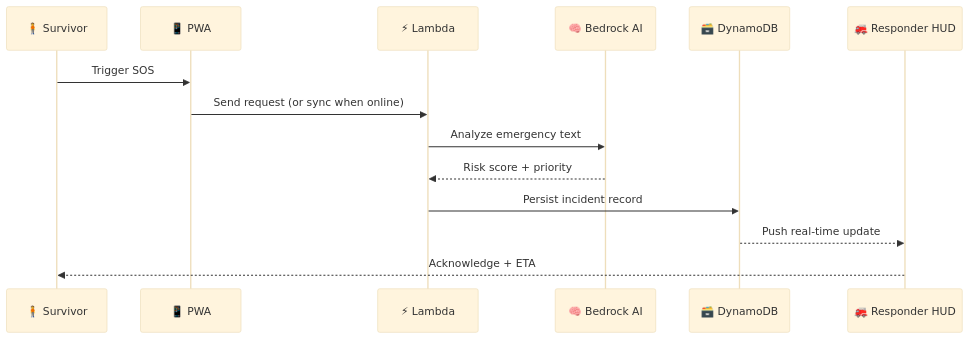
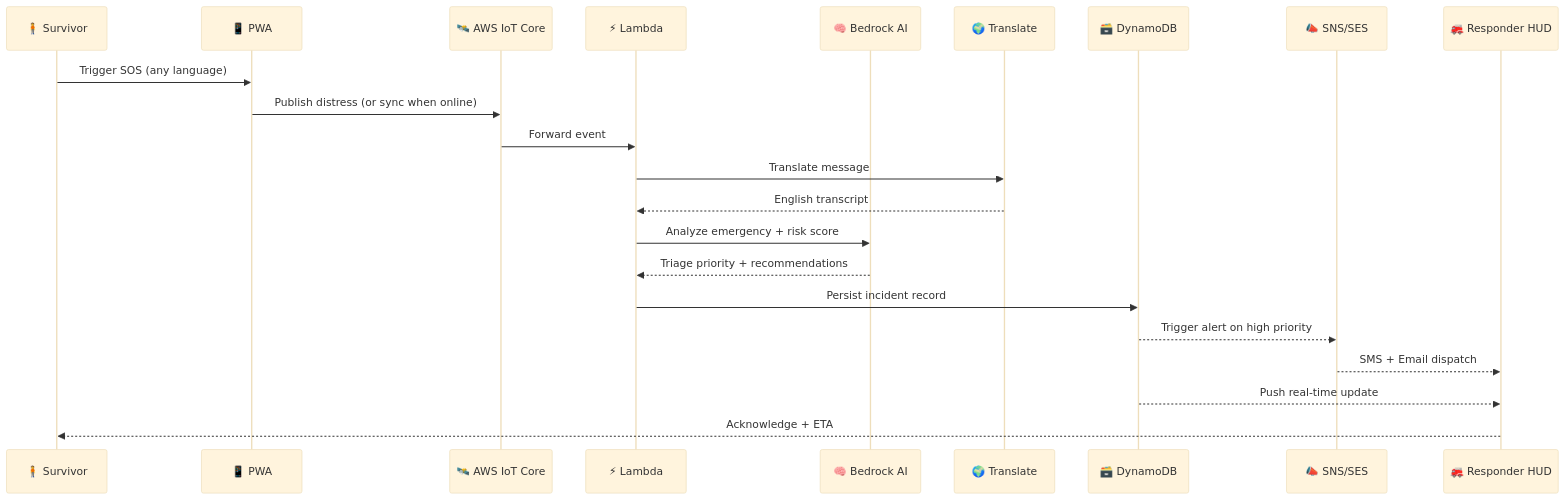
The third of 3 diagrams in README.md (CyberCodezilla/Rescue-Link), drawn with Mermaid (base theme) before and after one commit. The commit also changed other lines of this file, not shown here.

````diff
--- a/README.md
+++ b/README.md
@@ -77,17 +112,25 @@
 ```mermaid
 sequenceDiagram
     participant S as 🧍 Survivor
     participant P as 📱 PWA
+    participant IOT as 🛰️ AWS IoT Core
     participant L as ⚡ Lambda
     participant B as 🧠 Bedrock AI
+    participant TR as 🌍 Translate
     participant D as 🗃️ DynamoDB
+    participant SNS as 📣 SNS/SES
     participant R as 🚒 Responder HUD
 
-    S->>P: Trigger SOS
-    P->>L: Send request (or sync when online)
-    L->>B: Analyze emergency text
-    B-->>L: Risk score + priority
+    S->>P: Trigger SOS (any language)
+    P->>IOT: Publish distress (or sync when online)
+    IOT->>L: Forward event
+    L->>TR: Translate message
+    TR-->>L: English transcript
+    L->>B: Analyze emergency + risk score
+    B-->>L: Triage priority + recommendations
     L->>D: Persist incident record
+    D-->>SNS: Trigger alert on high priority
+    SNS-->>R: SMS + Email dispatch
     D-->>R: Push real-time update
     R-->>S: Acknowledge + ETA
 ```
````
